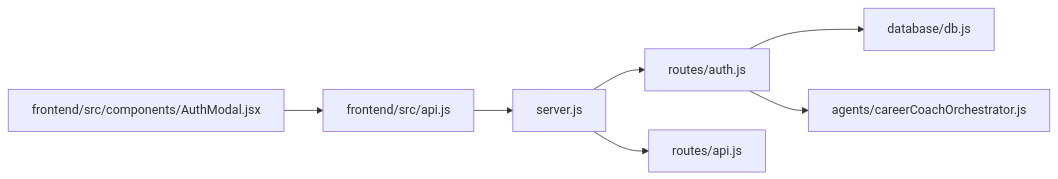
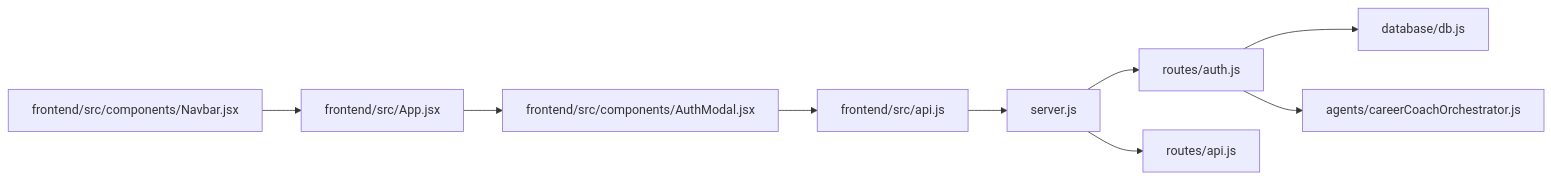
Diagram 12 of 12 in .qoder/repowiki/en/content/Core Features/Authentication System.md (Alishba-Moin/CareerCompass), drawn with Mermaid before and after one commit. The commit also changed other lines of this file and 8 other files, not shown here.

````diff
--- a/.qoder/repowiki/en/content/Core Features/Authentication System.md
+++ b/.qoder/repowiki/en/content/Core Features/Authentication System.md
@@ -325,9 +397,11 @@
 ```mermaid
 graph LR
 Server["server.js"] --> AuthRouter["routes/auth.js"]
 Server --> ApiRouter["routes/api.js"]
 AuthRouter --> DB["database/db.js"]
 AuthRouter --> Orchestrator["agents/careerCoachOrchestrator.js"]
 FrontendAPI["frontend/src/api.js"] --> Server
 AuthModal["frontend/src/components/AuthModal.jsx"] --> FrontendAPI
+App["frontend/src/App.jsx"] --> AuthModal
+Navbar["frontend/src/components/Navbar.jsx"] --> App
 ```
````
